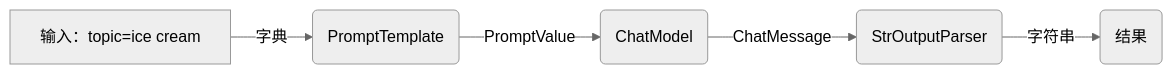
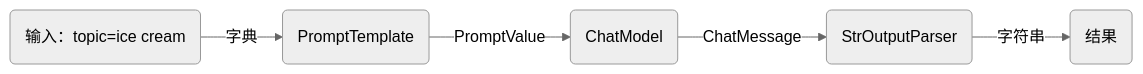
The second of 2 diagrams in AI开源底座.md (DoutzenYe/DoutzenYe), drawn with Mermaid (neutral theme) before and after one commit. The commit also changed other lines of this file, not shown here.

Commit message:
AI开源底座.md updated from https://stackedit.io/

````diff
--- a/AI开源底座.md
+++ b/AI开源底座.md
@@ -133,7 +133,7 @@
 ```mermaid
 graph LR
-A[输入：topic=ice cream] --> |字典| B(PromptTemplate)  
+A(输入：topic=ice cream) --> |字典| B(PromptTemplate)  
 B -->|PromptValue| C(ChatModel)  
 C -->|ChatMessage| D(StrOutputParser)  
 D --> |字符串| F(结果)
 ```
````
